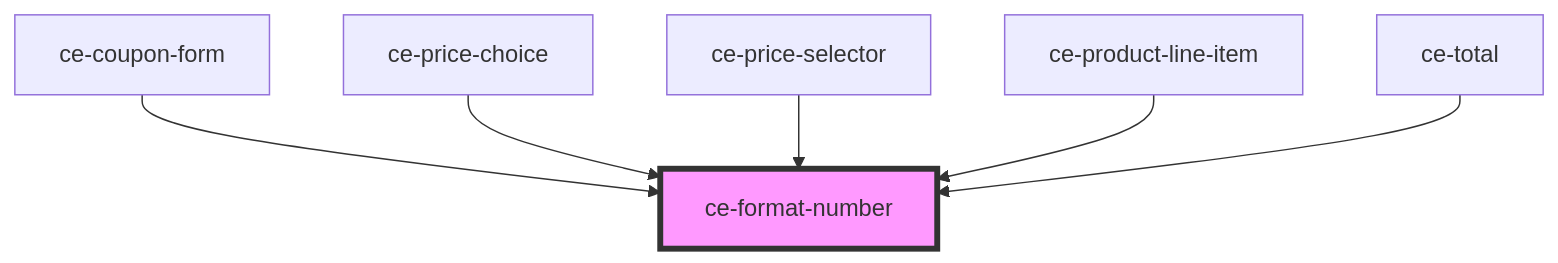
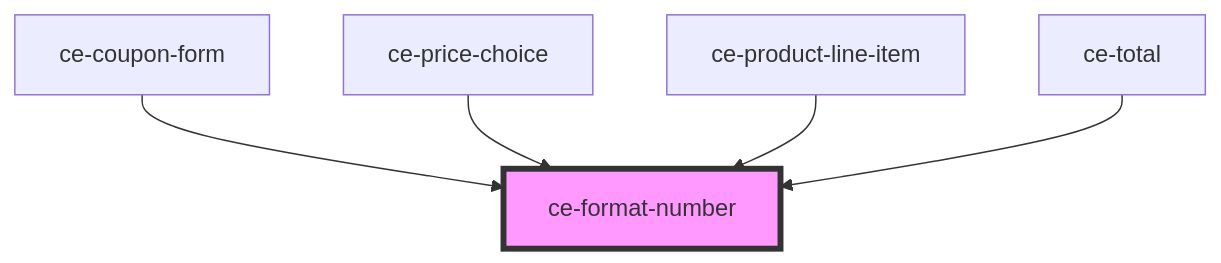
The diagram in packages/components/src/components/util/format-number/readme.md (surecart/surecart-wp-plugin), drawn with Mermaid before and after one commit. The commit also changed other lines of this file and 14 other files, not shown here.

````diff
--- a/packages/components/src/components/util/format-number/readme.md
+++ b/packages/components/src/components/util/format-number/readme.md
@@ -37,9 +36,8 @@
 ```mermaid
 graph TD;
   ce-coupon-form --> ce-format-number
   ce-price-choice --> ce-format-number
-  ce-price-selector --> ce-format-number
   ce-product-line-item --> ce-format-number
   ce-total --> ce-format-number
   style ce-format-number fill:#f9f,stroke:#333,stroke-width:4px
 ```
````
